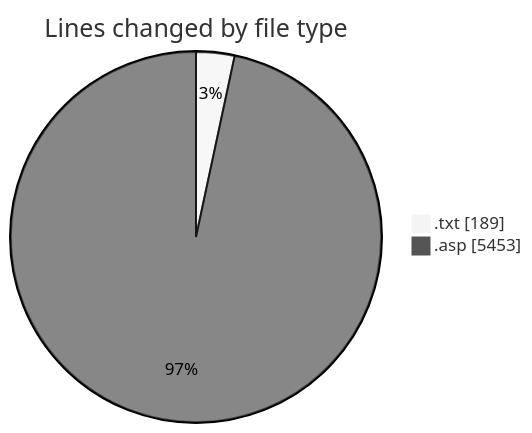
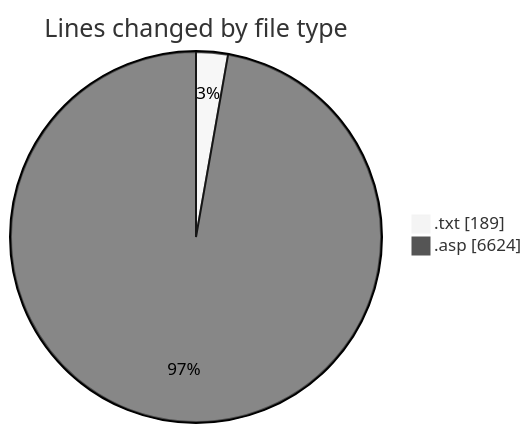
The first of 2 diagrams in 2025-11-07/cdp_aleoudev_fr__workspace_/README.md (julien-gomy/code-tracking), drawn with Mermaid (neutral theme) before and after one commit. The commit also changed other lines of this file and 1 other file, not shown here.

````diff
--- a/2025-11-07/cdp_aleoudev_fr__workspace_/README.md
+++ b/2025-11-07/cdp_aleoudev_fr__workspace_/README.md
@@ -28,6 +30,6 @@
 ```mermaid
 pie showData
 title Lines changed by file type
 ".txt" : 189
-".asp" : 5453
+".asp" : 6624
 ```
````
